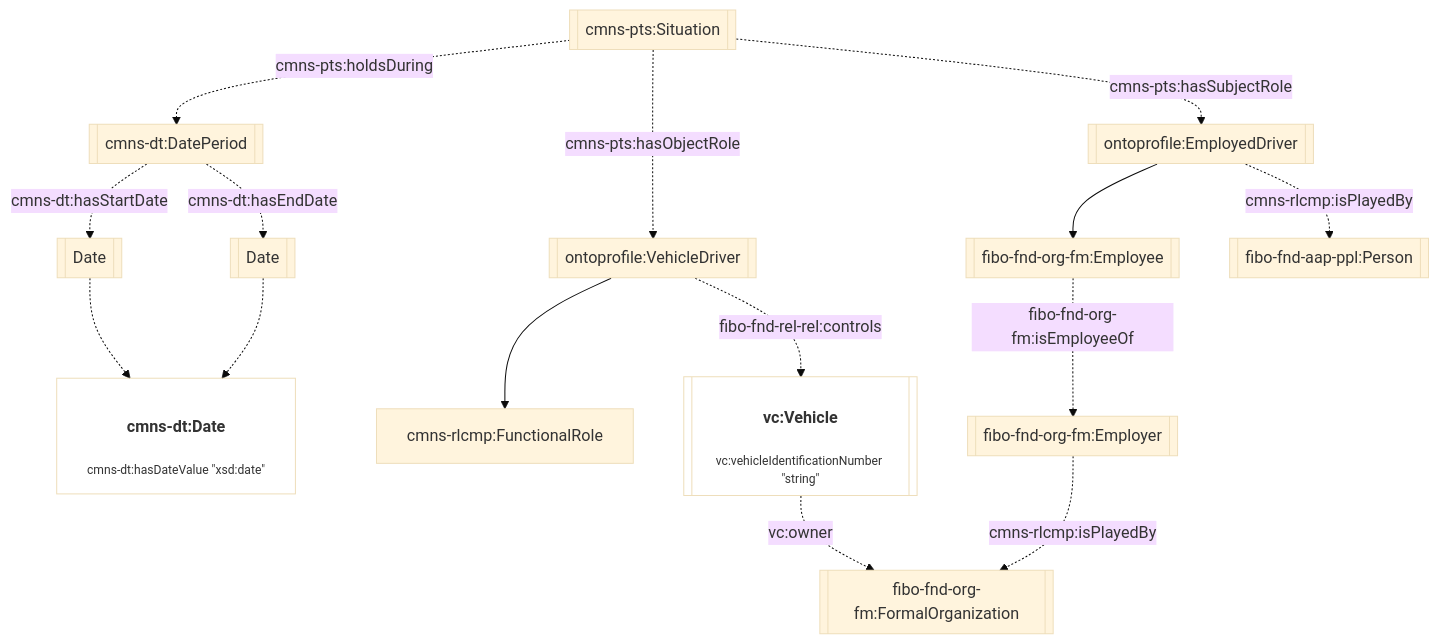
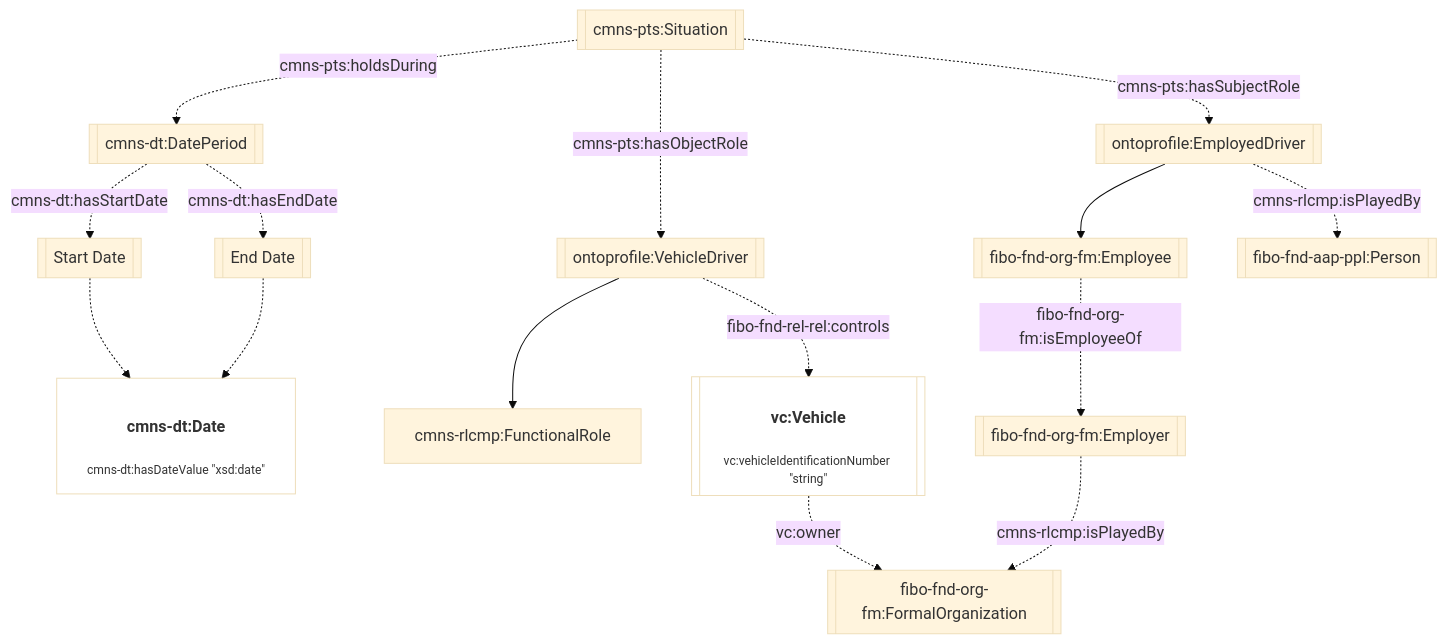
One commit to cambridge-cares/TheWorldAvatar changed the ninth of 10 diagrams in JPS_Ontology/ontology/ontoprofile/README.MD. Above: the diagram before and after it, drawn with Mermaid (base theme). The commit also changed other lines of this file and 2 other files, not shown here.

````diff
--- a/JPS_Ontology/ontology/ontoprofile/README.MD
+++ b/JPS_Ontology/ontology/ontoprofile/README.MD
@@ -196,24 +236,24 @@
 ```mermaid
 flowchart TD
     %% Styling
     classDef literal fill:none
     classDef node overflow-wrap:break-word,text-wrap:pretty
     linkStyle default overflow-wrap:break-word,text-wrap:pretty;
 
     %% Contents
     Situation[[cmns-pts:Situation]] -. cmns-pts:hasSubjectRole .-> Driver[[ontoprofile:EmployedDriver]]
     Situation -. cmns-pts:hasObjectRole .-> VDriver[[ontoprofile:VehicleDriver]]
     Situation -. cmns-pts:holdsDuring .-> DatePeriod[[cmns-dt:DatePeriod]]
-    DatePeriod -. cmns-dt:hasStartDate .-> StartDate[[Date]]
-    DatePeriod -. cmns-dt:hasEndDate .-> EndDate[[Date]]
+    DatePeriod -. cmns-dt:hasStartDate .-> StartDate[[Start Date]]
+    DatePeriod -. cmns-dt:hasEndDate .-> EndDate[[End Date]]
     StartDate -.-> Date["<h4>cmns-dt:Date</h4><p style='font-size:0.75rem;'>cmns-dt:hasDateValue &quot;xsd:date&quot;</p>"]:::literal
     EndDate -.-> Date
 
     Driver --> Employee[[fibo-fnd-org-fm:Employee]]
     Driver -. cmns-rlcmp:isPlayedBy .-> Person[[fibo-fnd-aap-ppl:Person]]
     VDriver --> cmns-rlcmp:FunctionalRole
     VDriver -. fibo-fnd-rel-rel:controls .-> Vehicle[["<h4>vc:Vehicle</h4><p style='font-size:0.75rem;'>vc:vehicleIdentificationNumber &quot;string&quot;</p>"]]:::literal
     Vehicle -. vc:owner .-> Org[[fibo-fnd-org-fm:FormalOrganization]]
     Employee -. fibo-fnd-org-fm:isEmployeeOf .-> Employer
     Employer[[fibo-fnd-org-fm:Employer]] -. cmns-rlcmp:isPlayedBy .-> Org
 ```
````
